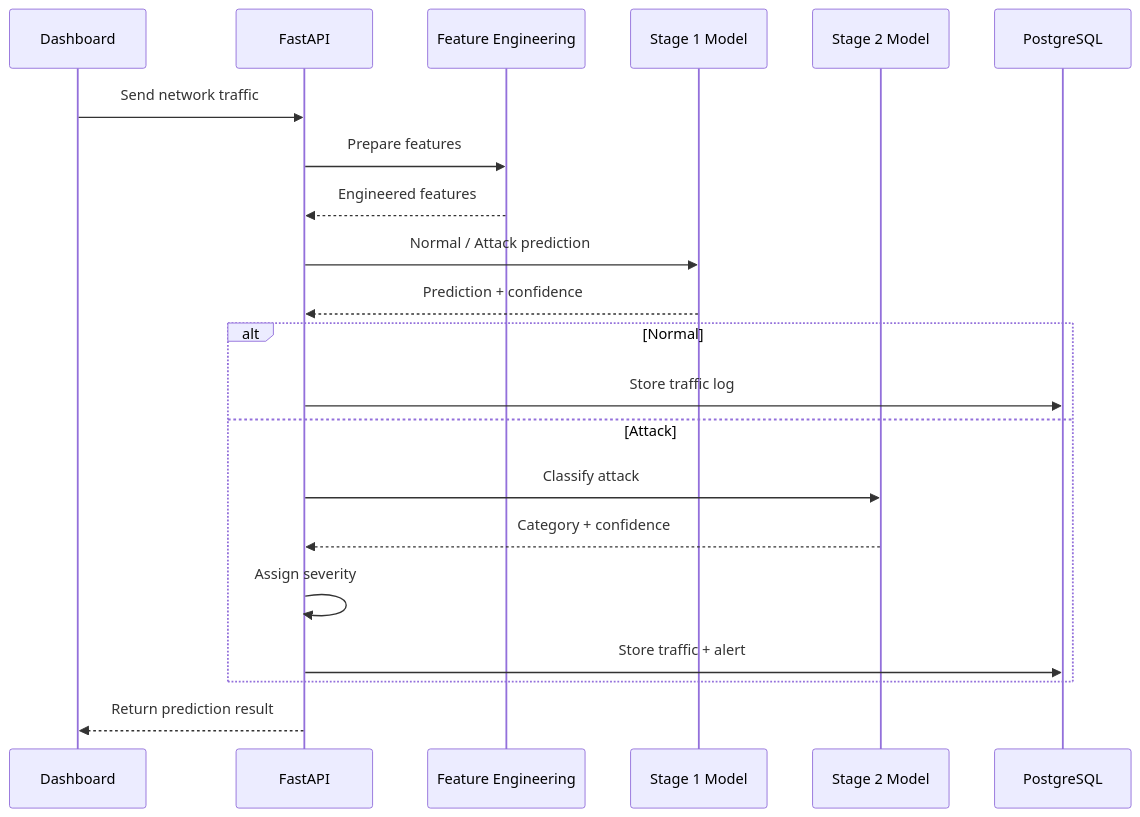
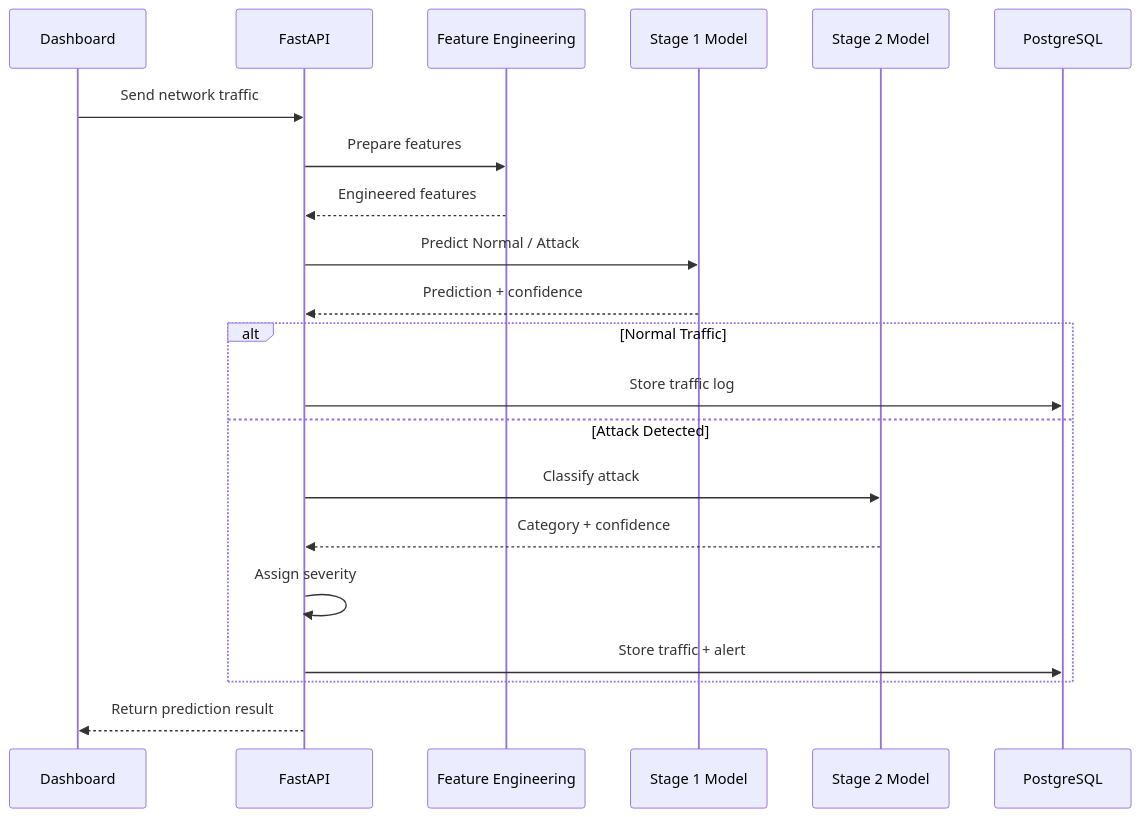
Before and after one commit to debnathkaushik79-svg/ThreatX: the third of 3 diagrams in README.md, drawn with Mermaid. The commit also changed other lines of this file, not shown here.

````diff
--- a/README.md
+++ b/README.md
@@ -245,27 +251,27 @@
 ```mermaid
 sequenceDiagram
     participant D as Dashboard
     participant A as FastAPI
     participant F as Feature Engineering
     participant M1 as Stage 1 Model
     participant M2 as Stage 2 Model
     participant DB as PostgreSQL
 
     D->>A: Send network traffic
     A->>F: Prepare features
     F-->>A: Engineered features
 
-    A->>M1: Normal / Attack prediction
+    A->>M1: Predict Normal / Attack
     M1-->>A: Prediction + confidence
 
-    alt Normal
+    alt Normal Traffic
         A->>DB: Store traffic log
-    else Attack
+    else Attack Detected
         A->>M2: Classify attack
         M2-->>A: Category + confidence
         A->>A: Assign severity
         A->>DB: Store traffic + alert
     end
 
     A-->>D: Return prediction result
 ```
````
